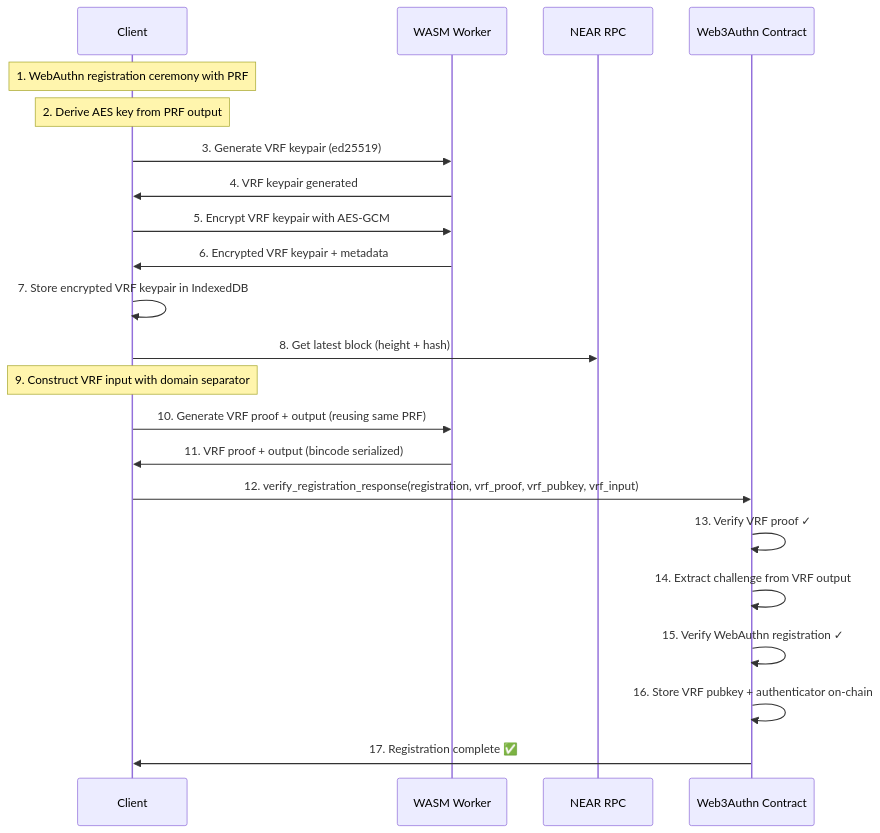
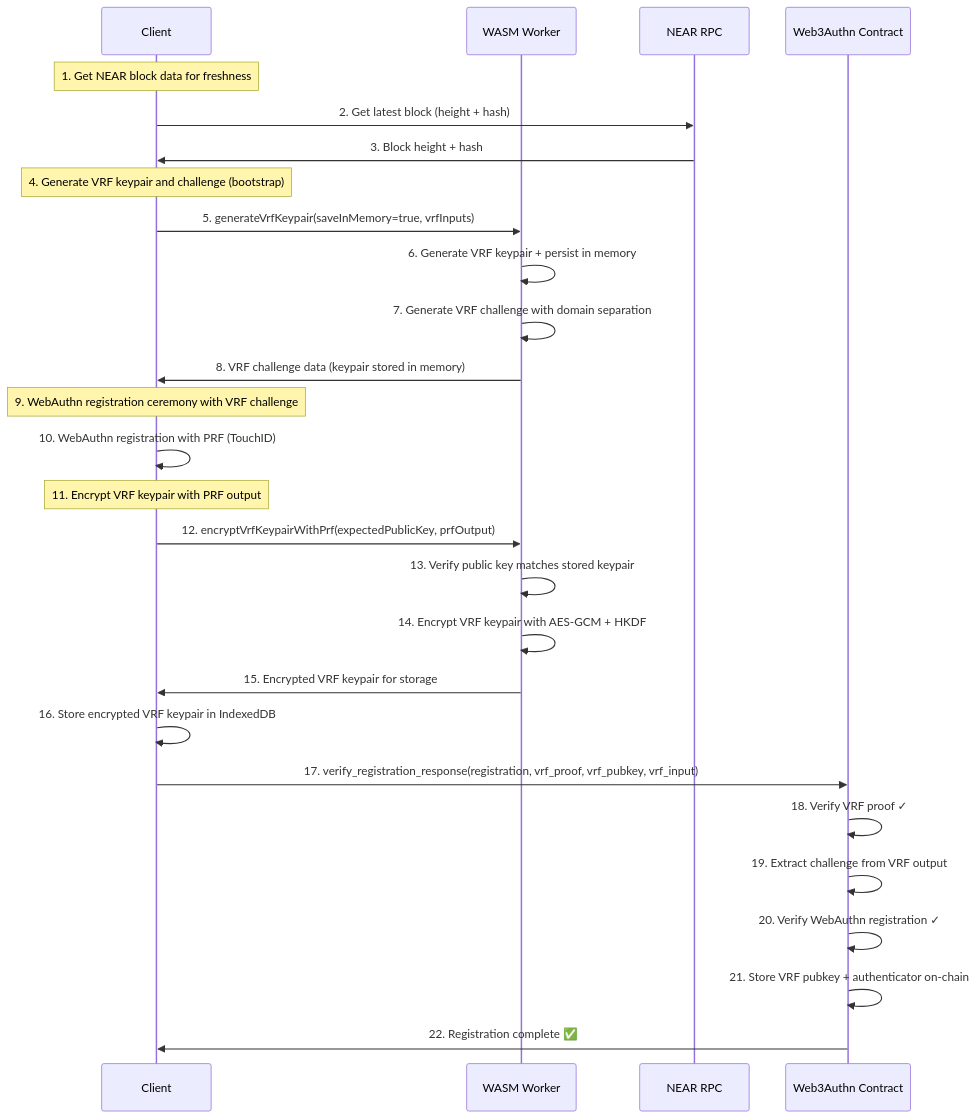
Before and after one commit to peitalin/vrf-passkey: the first of 3 diagrams in docs/vrf_challenges.md, drawn with Mermaid. The commit also changed other lines of this file and 1 other file, not shown here.

Commit message:
update docs for VRF based WebAuthn protocol

````diff
--- a/docs/vrf_challenges.md
+++ b/docs/vrf_challenges.md
@@ -92,25 +92,30 @@
 ```mermaid
 sequenceDiagram
     participant Client
     participant WASM as WASM Worker
     participant NEAR as NEAR RPC
     participant Contract as Web3Authn Contract
 
-    Note over Client: 1. WebAuthn registration ceremony with PRF
-    Note over Client: 2. Derive AES key from PRF output
-    Client->>WASM: 3. Generate VRF keypair (ed25519)
-    WASM->>Client: 4. VRF keypair generated
-    Client->>WASM: 5. Encrypt VRF keypair with AES-GCM
-    WASM->>Client: 6. Encrypted VRF keypair + metadata
-    Client->>Client: 7. Store encrypted VRF keypair in IndexedDB
-    Client->>NEAR: 8. Get latest block (height + hash)
-    Note over Client: 9. Construct VRF input with domain separator
-    Client->>WASM: 10. Generate VRF proof + output (reusing same PRF)
-    WASM->>Client: 11. VRF proof + output (bincode serialized)
-    Client->>Contract: 12. verify_registration_response(registration, vrf_proof, vrf_pubkey, vrf_input)
-    Contract->>Contract: 13. Verify VRF proof ✓
-    Contract->>Contract: 14. Extract challenge from VRF output
-    Contract->>Contract: 15. Verify WebAuthn registration ✓
-    Contract->>Contract: 16. Store VRF pubkey + authenticator on-chain
-    Contract->>Client: 17. Registration complete ✅
+    Note over Client: 1. Get NEAR block data for freshness
+    Client->>NEAR: 2. Get latest block (height + hash)
+    NEAR->>Client: 3. Block height + hash
+    Note over Client: 4. Generate VRF keypair and challenge (bootstrap)
+    Client->>WASM: 5. generateVrfKeypair(saveInMemory=true, vrfInputs)
+    WASM->>WASM: 6. Generate VRF keypair + persist in memory
+    WASM->>WASM: 7. Generate VRF challenge with domain separation
+    WASM->>Client: 8. VRF challenge data (keypair stored in memory)
+    Note over Client: 9. WebAuthn registration ceremony with VRF challenge
+    Client->>Client: 10. WebAuthn registration with PRF (TouchID)
+    Note over Client: 11. Encrypt VRF keypair with PRF output
+    Client->>WASM: 12. encryptVrfKeypairWithPrf(expectedPublicKey, prfOutput)
+    WASM->>WASM: 13. Verify public key matches stored keypair
+    WASM->>WASM: 14. Encrypt VRF keypair with AES-GCM + HKDF
+    WASM->>Client: 15. Encrypted VRF keypair for storage
+    Client->>Client: 16. Store encrypted VRF keypair in IndexedDB
+    Client->>Contract: 17. verify_registration_response(registration, vrf_proof, vrf_pubkey, vrf_input)
+    Contract->>Contract: 18. Verify VRF proof ✓
+    Contract->>Contract: 19. Extract challenge from VRF output
+    Contract->>Contract: 20. Verify WebAuthn registration ✓
+    Contract->>Contract: 21. Store VRF pubkey + authenticator on-chain
+    Contract->>Client: 22. Registration complete ✅
 ```
````
